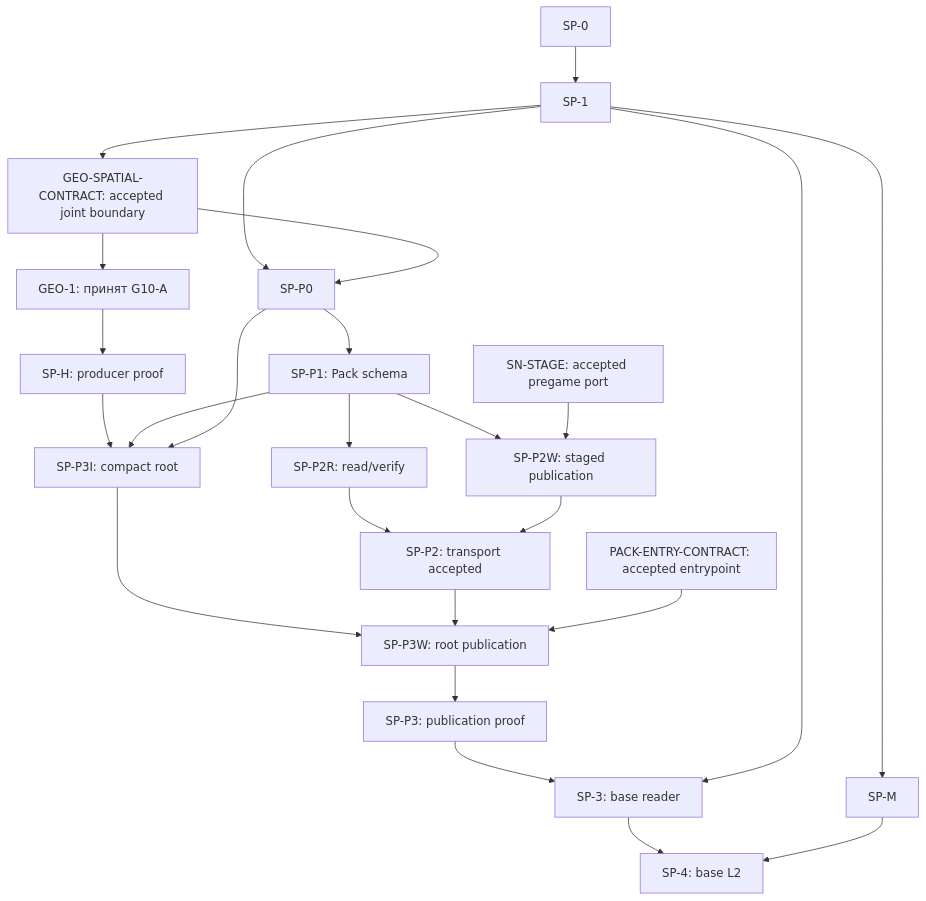
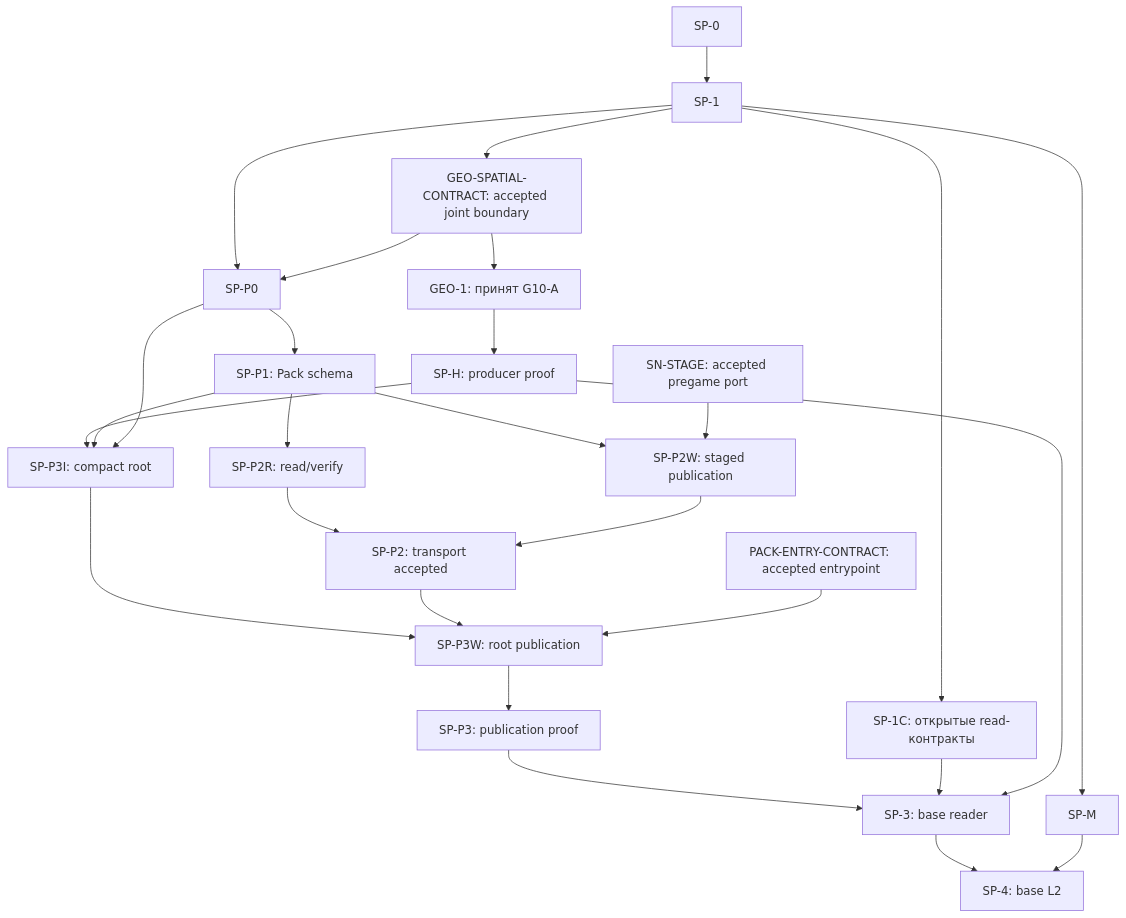
One commit to AndrewBondaren/AI-Project changed the first of 6 diagrams in .cursor/plans/world-generation-plan-dependency-graph.md. Above: the diagram before and after it, drawn with Mermaid. The commit also changed other lines of this file and 24 other files, not shown here.

````diff
--- a/.cursor/plans/world-generation-plan-dependency-graph.md
+++ b/.cursor/plans/world-generation-plan-dependency-graph.md
@@ -56,27 +56,29 @@
 ```mermaid
 flowchart TD
     G["GEO-1: принят G10-A"] --> H["SP-H: producer proof"]
     S0["SP-0"] --> S1["SP-1"]
     S1 --> P0["SP-P0"]
     S1 --> J["GEO-SPATIAL-CONTRACT: accepted joint boundary"]
     J --> G
     J --> P0
     S1 --> M["SP-M"]
     P0 --> P1["SP-P1: Pack schema"]
     P1 --> PR["SP-P2R: read/verify"]
     P1 --> PW["SP-P2W: staged publication"]
     ST["SN-STAGE: accepted pregame port"] --> PW
     PR --> P2["SP-P2: transport accepted"]
     PW --> P2
     H --> I["SP-P3I: compact root"]
     P1 --> I
     P0 --> I
     I --> W["SP-P3W: root publication"]
     P2 --> W
     PC["PACK-ENTRY-CONTRACT: accepted entrypoint"] --> W
     W --> P3["SP-P3: publication proof"]
     P3 --> R["SP-3: base reader"]
-    S1 --> R
+    S1 --> SC["SP-1C: открытые read-контракты"]
+    SC --> R
+    H --> R
     R --> L2["SP-4: base L2"]
     M --> L2
 ```
````
